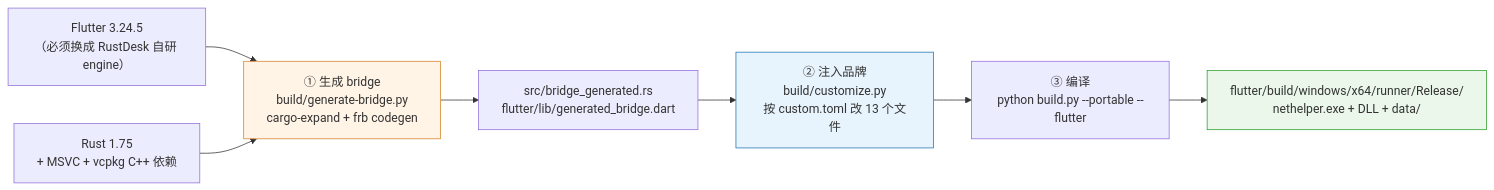
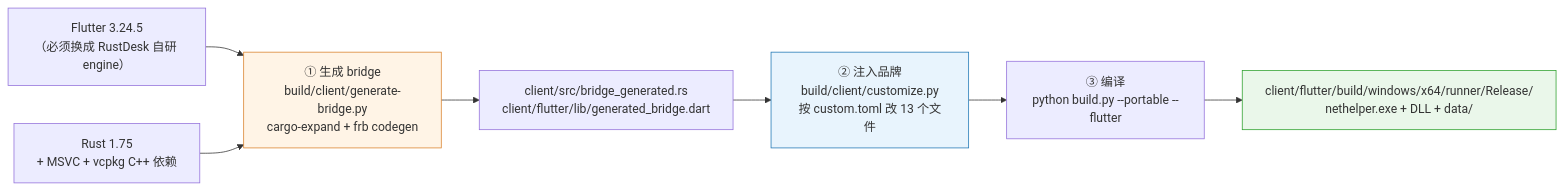
The third of 4 diagrams in docs/01-architecture.md (liaozhimingandy/wedesk), drawn with Mermaid before and after one commit. The commit also changed other lines of this file and 17 other files, not shown here.

````diff
--- a/docs/01-architecture.md
+++ b/docs/01-architecture.md
@@ -178,17 +178,17 @@
 ```mermaid
 flowchart LR
     A["Flutter 3.24.5<br/>（必须换成 RustDesk 自研 engine）"] --> C
     B["Rust 1.75<br/>+ MSVC + vcpkg C++ 依赖"] --> C
 
-    C["① 生成 bridge<br/>build/generate-bridge.py<br/>cargo-expand + frb codegen"] --> D
-    D["src/bridge_generated.rs<br/>flutter/lib/generated_bridge.dart"] --> E
+    C["① 生成 bridge<br/>build/client/generate-bridge.py<br/>cargo-expand + frb codegen"] --> D
+    D["client/src/bridge_generated.rs<br/>client/flutter/lib/generated_bridge.dart"] --> E
 
-    E["② 注入品牌<br/>build/customize.py<br/>按 custom.toml 改 13 个文件"] --> F
+    E["② 注入品牌<br/>build/client/customize.py<br/>按 custom.toml 改 13 个文件"] --> F
 
     F["③ 编译<br/>python build.py --portable --flutter"] --> G
-    G["flutter/build/windows/x64/runner/Release/<br/>nethelper.exe + DLL + data/"]
+    G["client/flutter/build/windows/x64/runner/Release/<br/>nethelper.exe + DLL + data/"]
 
     style C fill:#fff4e6,stroke:#d9822b
     style E fill:#e8f4fd,stroke:#1f77b4
     style G fill:#eaf7ea,stroke:#2ca02c
 ```
````
